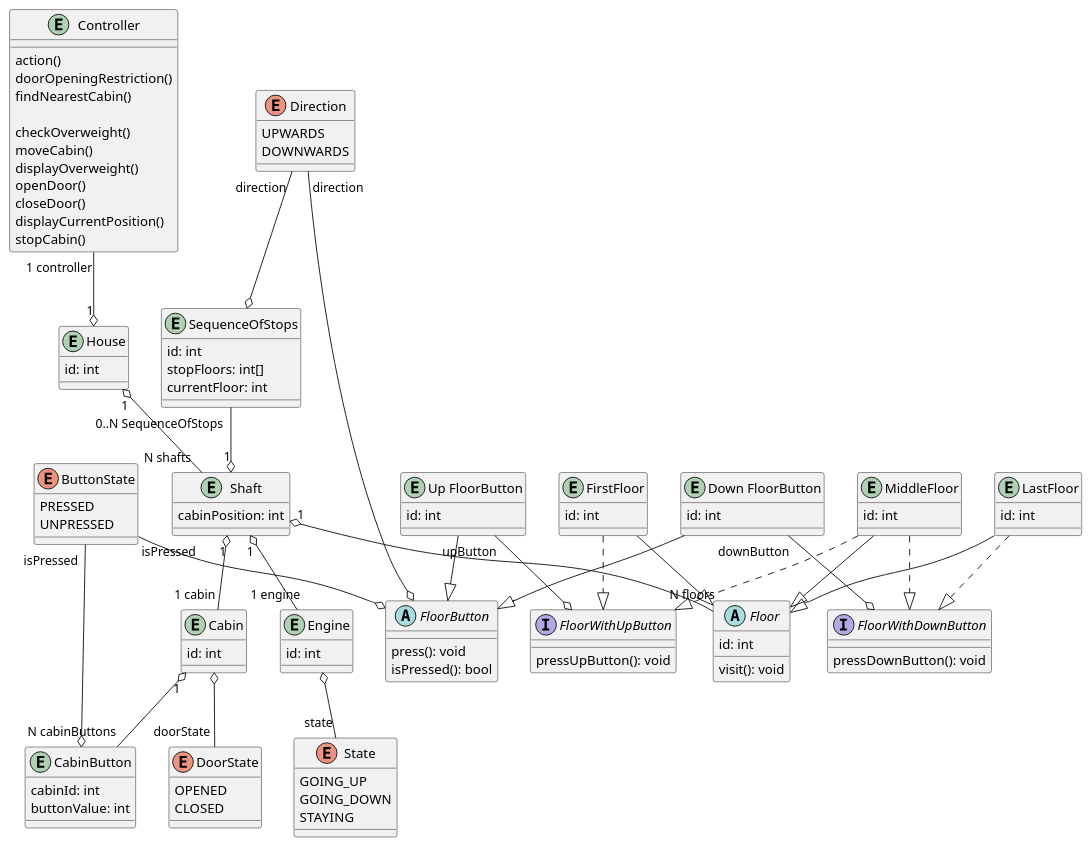
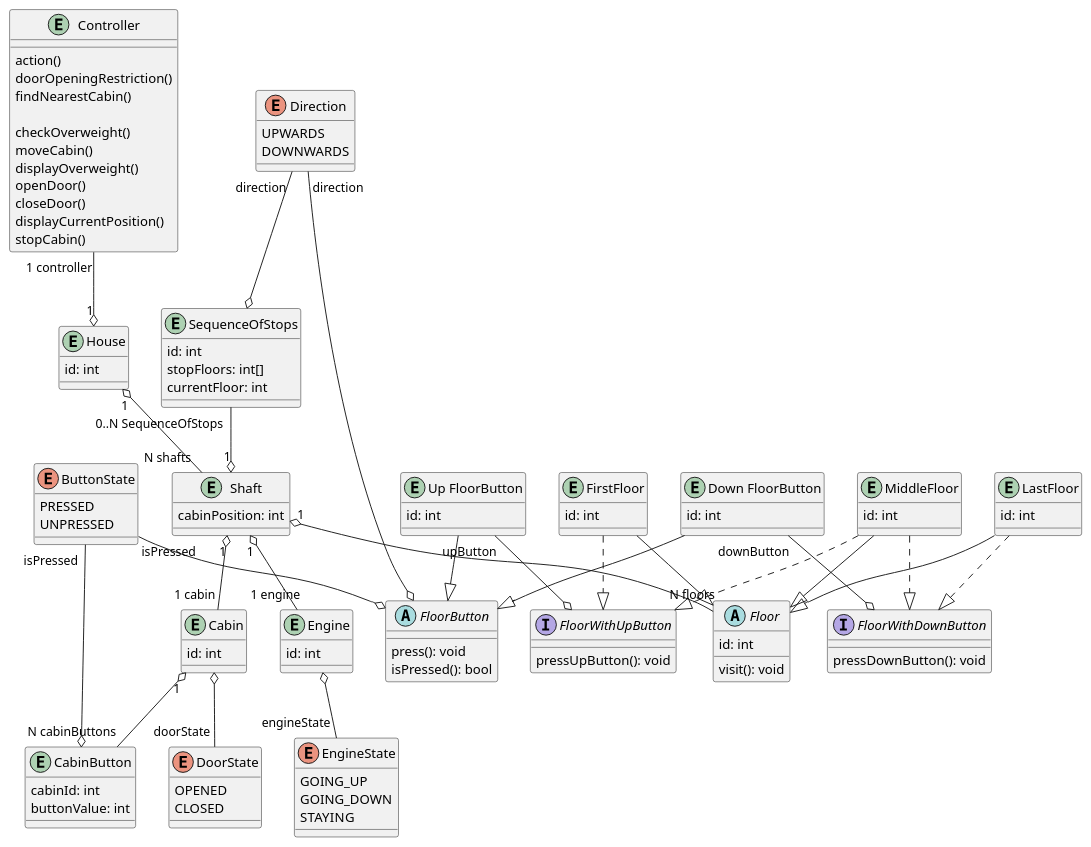
The diagram in src/BomElevator.puml (valentynliubchenko/BomElevator), drawn with PlantUML before and after one commit. The commit also changed 9 other files, not shown here.

Commit message:
sequence diagrams 2

```diff
--- a/src/BomElevator.puml
+++ b/src/BomElevator.puml
@@ -1,143 +1,143 @@
 @startuml
 entity "Controller"{
 
 action()
 doorOpeningRestriction()
 findNearestCabin()
 
 checkOverweight()
 moveCabin()
 displayOverweight()
 openDoor()
 closeDoor()
 displayCurrentPosition()
 stopCabin()
 }
 
 enum DoorState{
 OPENED
 CLOSED
 }
 
 entity Cabin{
 id: int
 }
 
 entity SequenceOfStops {
 id: int
 stopFloors: int[]
 currentFloor: int
 }
 
 Direction "direction" --o SequenceOfStops
 
 
-enum State{
+enum EngineState{
 GOING_UP
 GOING_DOWN
 STAYING
 }
 
 enum Direction{
 UPWARDS
 DOWNWARDS
 }
 
 enum ButtonState{
 PRESSED
 UNPRESSED
 }
 
 entity "CabinButton"{
 cabinId: int
 buttonValue: int
 }
 
 
 abstract "FloorButton"{
   press(): void
   isPressed(): bool
 }
 
 entity "Up FloorButton" {
   id: int
 }
 
 entity "Down FloorButton" {
  id: int
 }
 
 "Up FloorButton" --|> "FloorButton"
 "Down FloorButton" --|> "FloorButton"
 
 abstract Floor{
   id: int
   visit(): void
 }
 
 interface FloorWithUpButton {
   pressUpButton(): void
 }
 
 "Up FloorButton" "upButton" --o FloorWithUpButton
 
 interface FloorWithDownButton {
  pressDownButton(): void
 }
 
 "Down FloorButton" "downButton" --o FloorWithDownButton
 
 entity FirstFloor {
   id: int
 }
 
 FirstFloor --|> Floor
 FirstFloor ..|> FloorWithUpButton
 
 entity LastFloor {
   id: int
 }
 
 LastFloor --|> Floor
 LastFloor ..|> FloorWithDownButton
 
 entity MiddleFloor {
   id: int
 }
 
 MiddleFloor --|> Floor
 MiddleFloor ..|> FloorWithUpButton
 MiddleFloor ..|> FloorWithDownButton
 
 Direction "direction" --o "FloorButton"
 
 Cabin "1" o-- "N cabinButtons" "CabinButton"
 ButtonState "isPressed " --o "FloorButton"
 ButtonState "isPressed " --o "CabinButton"
 
 entity Engine {
   id: int
 }
 
-Engine o-- "state" State
+Engine o-- "engineState" EngineState
 
 entity Shaft {
   cabinPosition: int
 }
 
 Shaft "1" o-- "1 engine" Engine
 
 entity House {
   id: int
 }
 
 Shaft "1" o-- "N floors" Floor
 House "1" o-- "N shafts" Shaft
 
 Controller "1 controller" --o "1" House
 Shaft "1" o-- "1 cabin" Cabin
 
 Cabin o-- "doorState" DoorState
 
 SequenceOfStops "0..N SequenceOfStops" --o "1" Shaft
 @enduml
```
